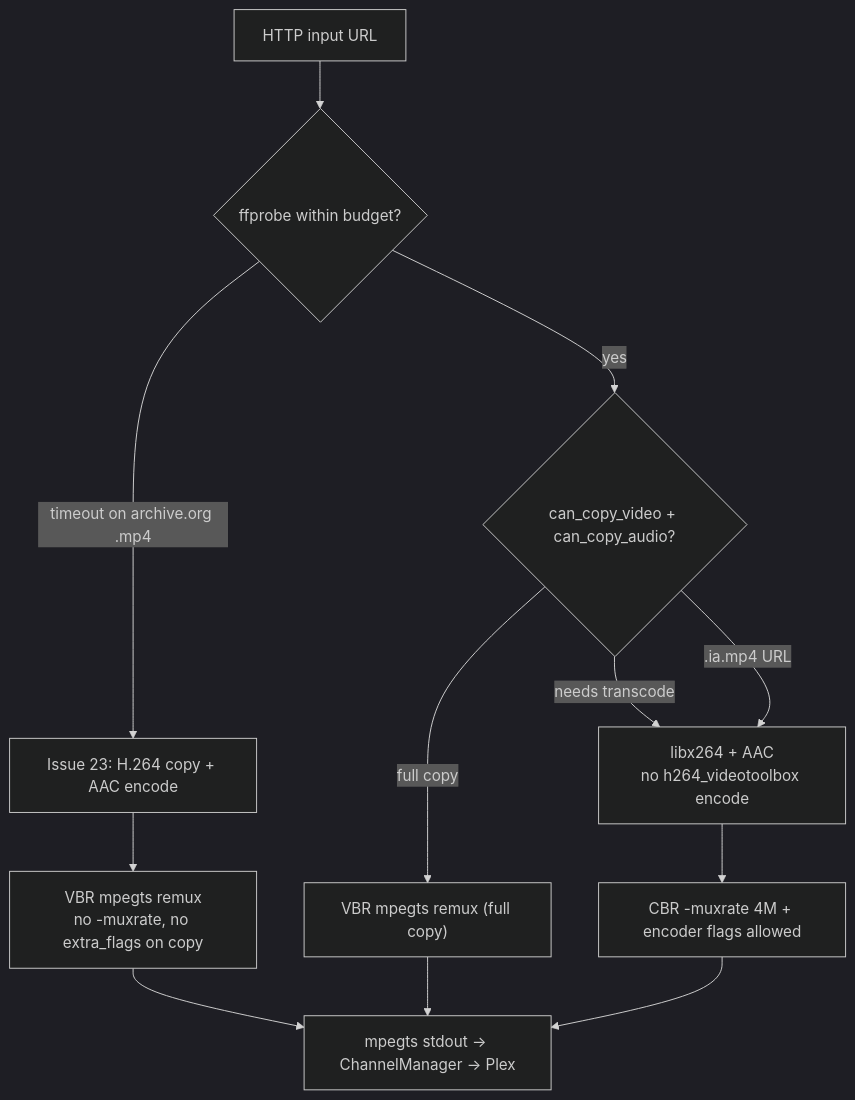
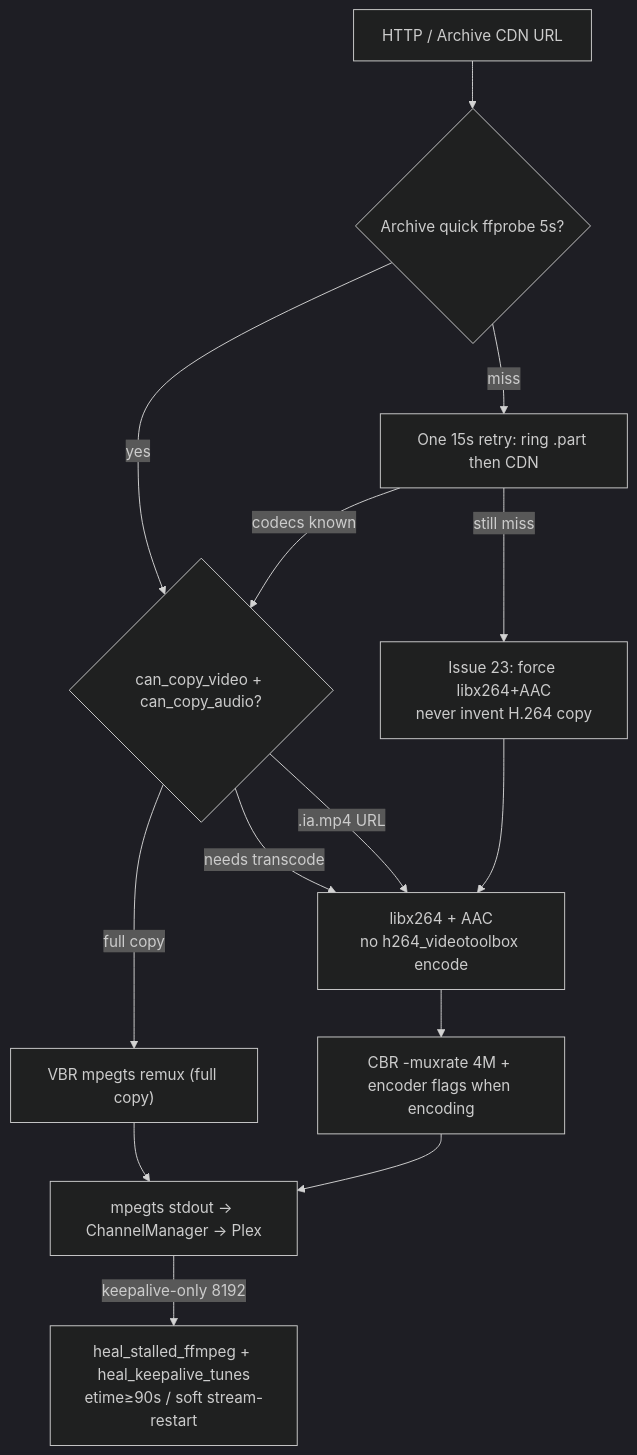
One commit to roto31/StreamTV changed the fifth of 10 diagrams in ARCHITECTURE.md. Above: the diagram before and after it, drawn with Mermaid (dark theme). The commit also changed other lines of this file and 9 other files, not shown here.

````diff
--- a/ARCHITECTURE.md
+++ b/ARCHITECTURE.md
@@ -183,14 +183,16 @@
 ```mermaid
 flowchart TD
-    IN["HTTP input URL"] --> PROBE{"ffprobe within budget?"}
-    PROBE -->|yes| COPY{"can_copy_video + can_copy_audio?"}
-    PROBE -->|timeout on archive.org .mp4| SKIP["Issue 23: H.264 copy + AAC encode"]
-    SKIP --> VBR1["VBR mpegts remux<br/>no -muxrate, no extra_flags on copy"]
+    IN["HTTP / Archive CDN URL"] --> Q5{"Archive quick ffprobe 5s?"}
+    Q5 -->|yes| COPY{"can_copy_video + can_copy_audio?"}
+    Q5 -->|miss| R15["One 15s retry: ring .part then CDN"]
+    R15 -->|codecs known| COPY
+    R15 -->|still miss| INF["Issue 23: force libx264+AAC<br/>never invent H.264 copy"]
     COPY -->|full copy| VBR2["VBR mpegts remux (full copy)"]
     COPY -->|needs transcode| XCODE["libx264 + AAC<br/>no h264_videotoolbox encode"]
     COPY -->|.ia.mp4 URL| XCODE
-    VBR1 --> OUT["mpegts stdout -> ChannelManager -> Plex"]
-    VBR2 --> OUT
-    XCODE --> CBR["CBR -muxrate 4M + encoder flags allowed"]
+    INF --> XCODE
+    VBR2 --> OUT["mpegts stdout -> ChannelManager -> Plex"]
+    XCODE --> CBR["CBR -muxrate 4M + encoder flags when encoding"]
     CBR --> OUT
+    OUT -->|keepalive-only 8192| HEAL["heal_stalled_ffmpeg + heal_keepalive_tunes<br/>etime≥90s / soft stream-restart"]
 ```
````
